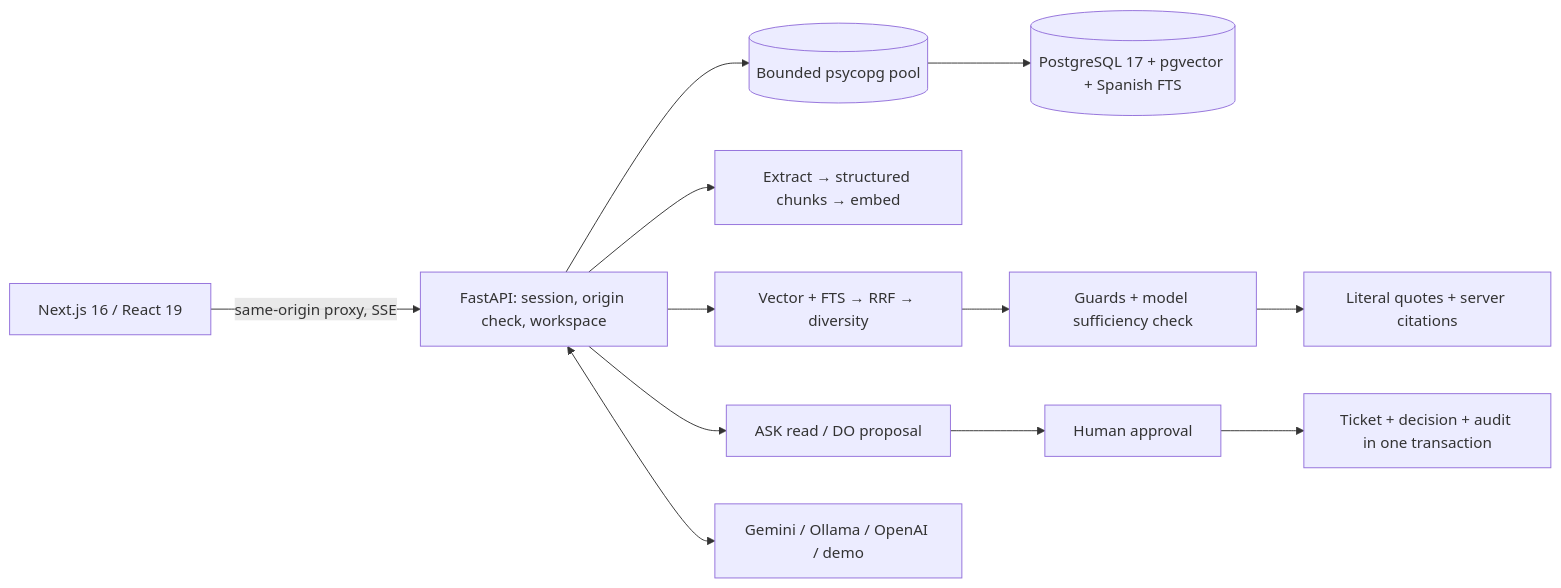
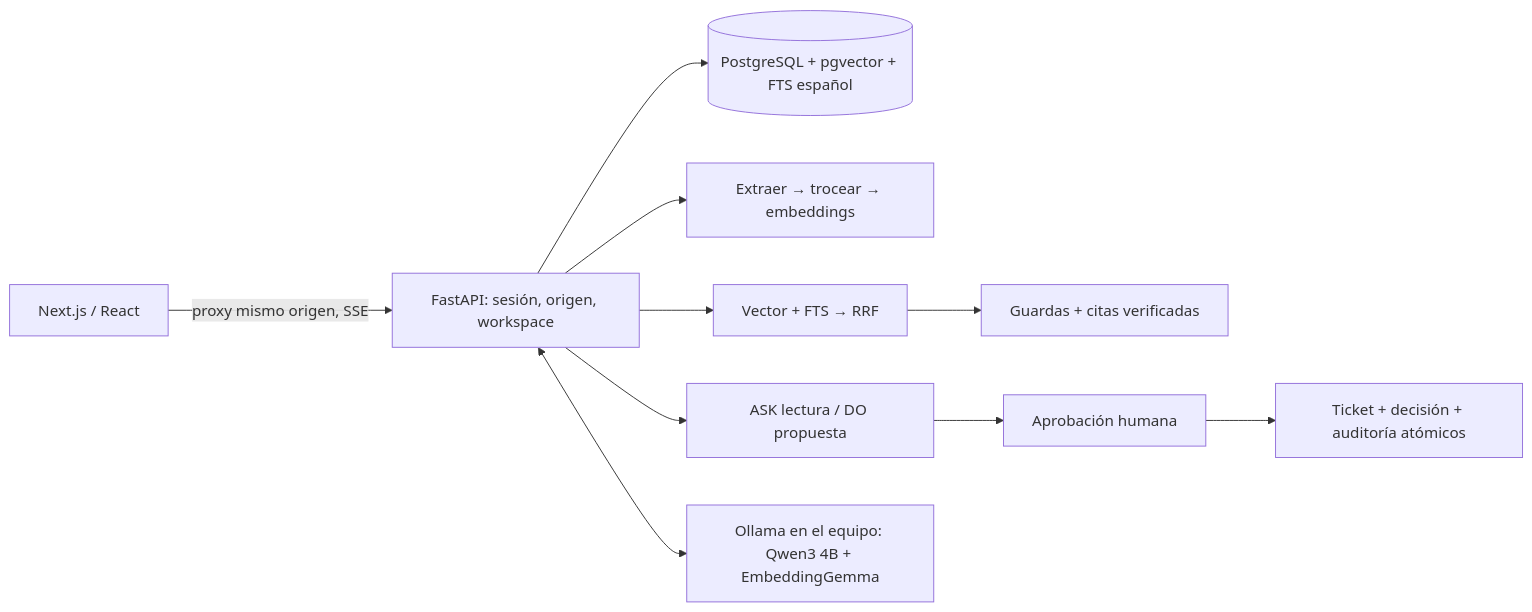
The diagram in README.md (LucaMZM/mazmi-ops-copilot), drawn with Mermaid before and after one commit. The commit also changed other lines of this file and 12 other files, not shown here.

````diff
--- a/README.md
+++ b/README.md
@@ -47,14 +34,12 @@
 ```mermaid
 flowchart LR
-    Browser[Next.js 16 / React 19] -->|same-origin proxy, SSE| API[FastAPI: session, origin check, workspace]
-    API --> Pool[(Bounded psycopg pool)]
-    Pool --> DB[(PostgreSQL 17 + pgvector + Spanish FTS)]
-    API --> Ingest[Extract → structured chunks → embed]
-    API --> Retrieve[Vector + FTS → RRF → diversity]
-    Retrieve --> Assess[Guards + model sufficiency check]
-    Assess --> Quote[Literal quotes + server citations]
-    API --> Tools[ASK read / DO proposal]
-    Tools --> Approval[Human approval]
-    Approval --> Tx[Ticket + decision + audit in one transaction]
-    API <--> Providers[Gemini / Ollama / OpenAI / demo]
+    Browser[Next.js / React] -->|proxy mismo origen, SSE| API[FastAPI: sesión, origen, workspace]
+    API --> DB[(PostgreSQL + pgvector + FTS español)]
+    API --> Ingest[Extraer → trocear → embeddings]
+    API --> Retrieve[Vector + FTS → RRF]
+    Retrieve --> Evidence[Guardas + citas verificadas]
+    API --> Tools[ASK lectura / DO propuesta]
+    Tools --> Approval[Aprobación humana]
+    Approval --> Tx[Ticket + decisión + auditoría atómicos]
+    API <--> Ollama[Ollama en el equipo: Qwen3 4B + EmbeddingGemma]
 ```
````
